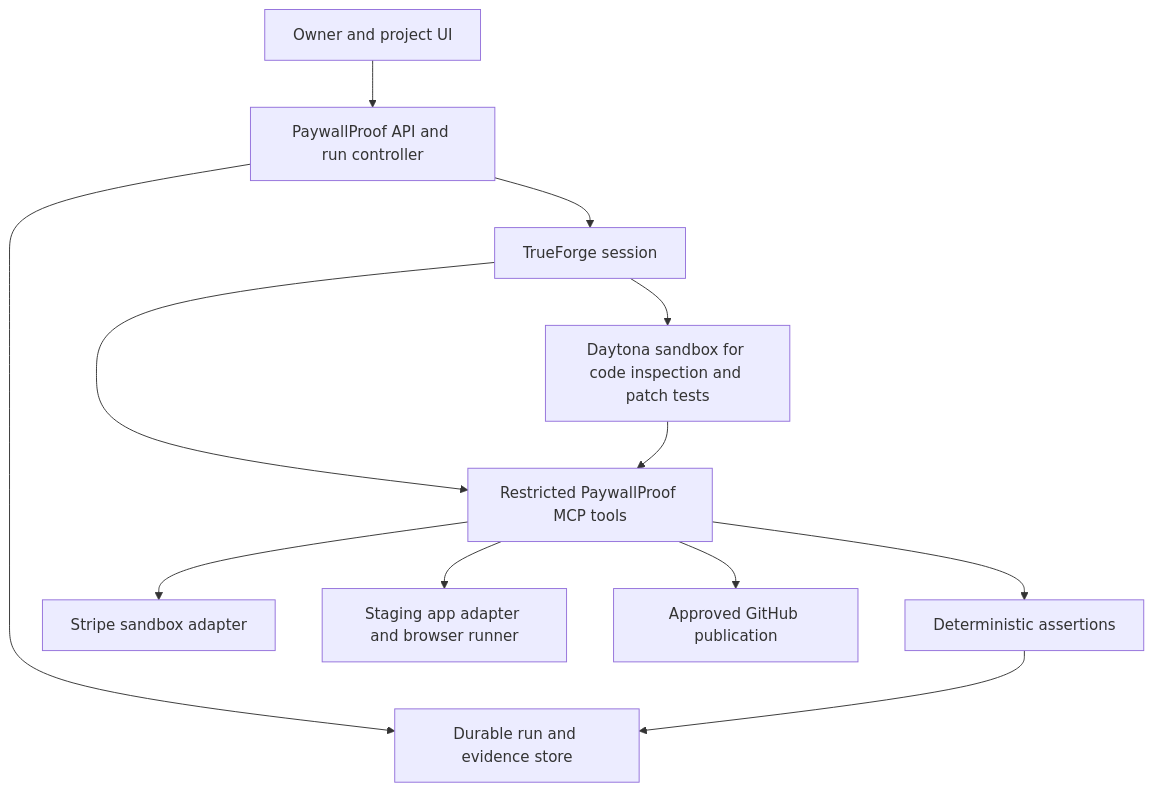
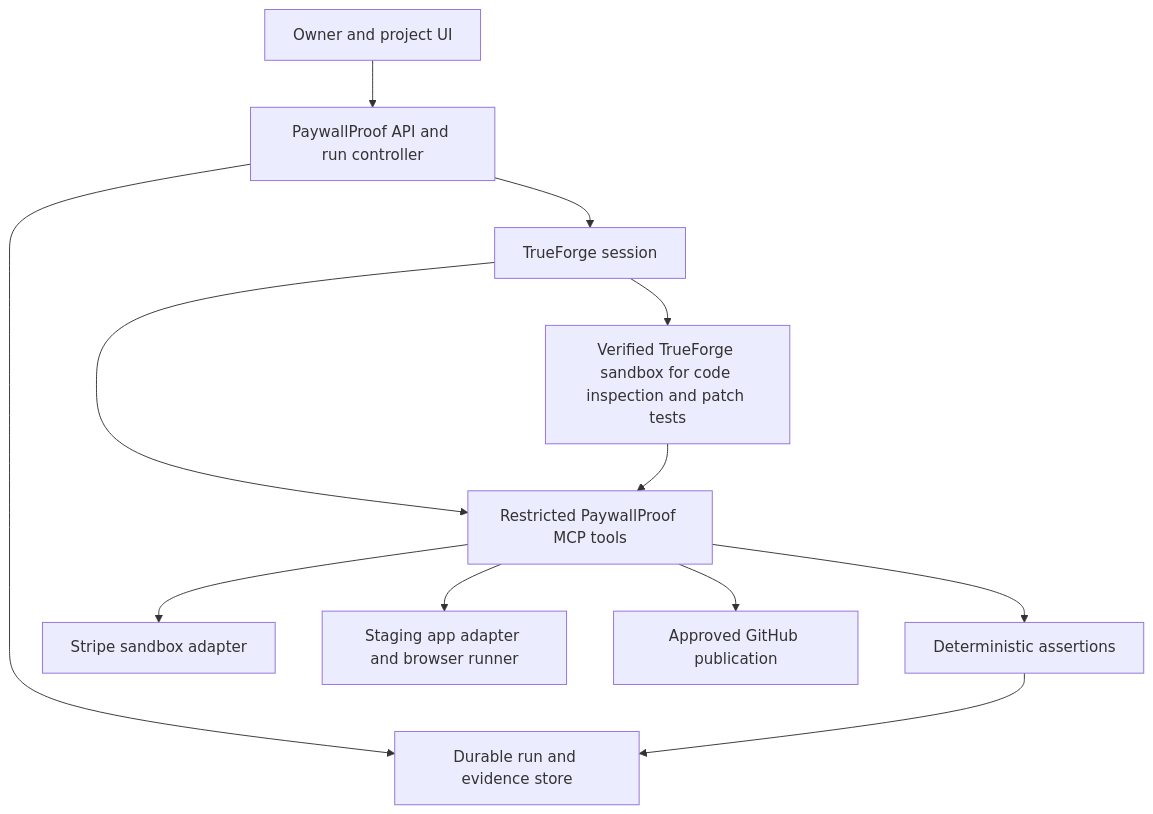
The diagram in PRD.md (VasuBansal7576/PaywallProof), drawn with Mermaid before and after one commit. The commit also changed other lines of this file and 9 other files, not shown here.

````diff
--- a/PRD.md
+++ b/PRD.md
@@ -325,14 +325,14 @@
 ```mermaid
 flowchart TD
 	Owner[Owner and project UI] --> Controller[PaywallProof API and run controller]
 	Controller --> Store[Durable run and evidence store]
 	Controller --> TF[TrueForge session]
 	TF --> Tools[Restricted PaywallProof MCP tools]
-	TF --> Sandbox[Daytona sandbox for code inspection and patch tests]
+	TF --> Sandbox[Verified TrueForge sandbox for code inspection and patch tests]
 	Tools --> Stripe[Stripe sandbox adapter]
 	Tools --> Target[Staging app adapter and browser runner]
 	Tools --> GitHub[Approved GitHub publication]
 	Tools --> Judge[Deterministic assertions]
 	Judge --> Store
 	Sandbox --> Tools
 ```
````
